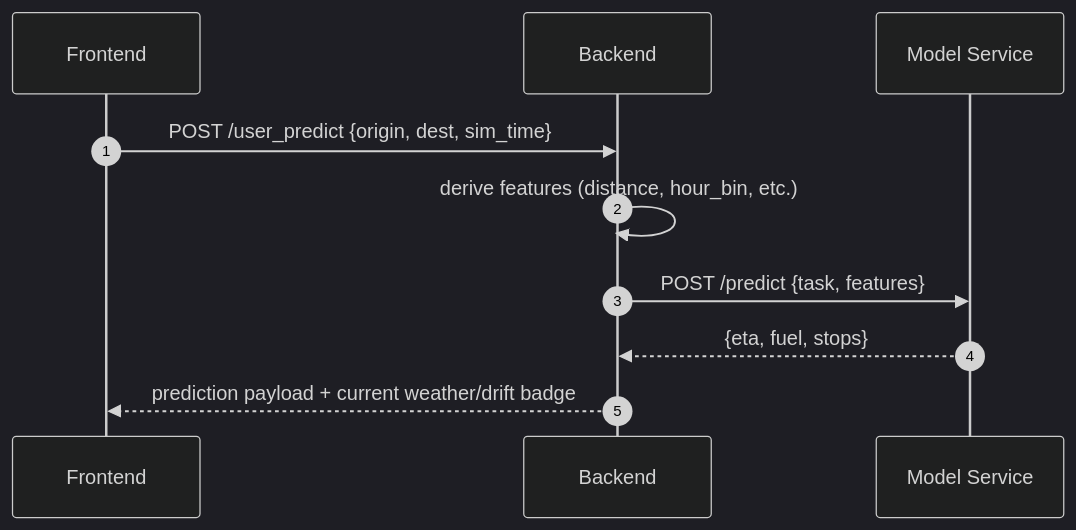
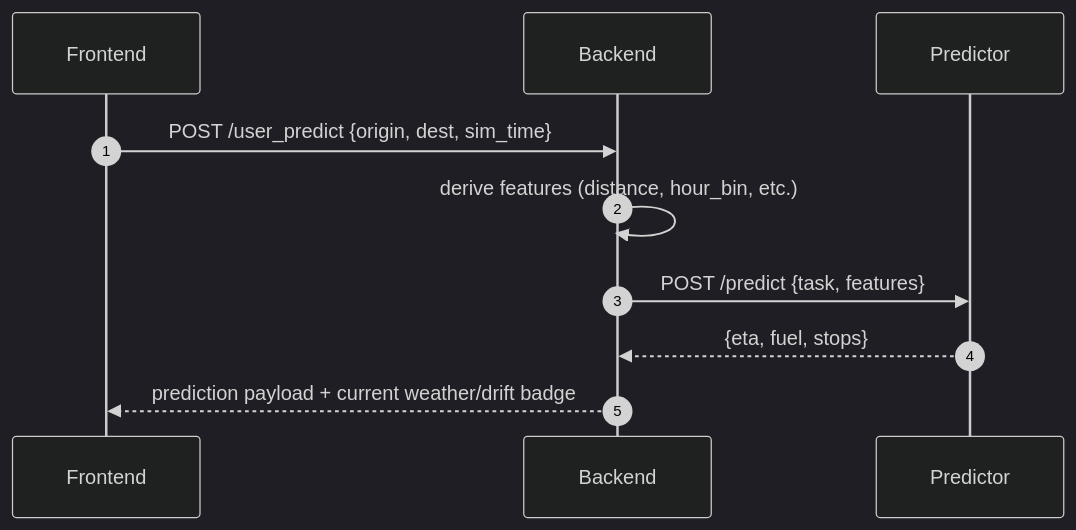
Before and after one commit to geokyr/diploma-thesis: the fourth of 4 diagrams in platform.md, drawn with Mermaid (dark theme). The commit also changed other lines of this file, not shown here.

````diff
--- a/platform.md
+++ b/platform.md
@@ -160,13 +175,13 @@
 ```mermaid
 sequenceDiagram
   autonumber
   participant UI as Frontend
   participant BE as Backend
-  participant MS as Model Service
+  participant PR as Predictor
 
   UI->>BE: POST /user_predict {origin, dest, sim_time}
   BE->>BE: derive features (distance, hour_bin, etc.)
-  BE->>MS: POST /predict {task, features}
-  MS-->>BE: {eta, fuel, stops}
+  BE->>PR: POST /predict {task, features}
+  PR-->>BE: {eta, fuel, stops}
   BE-->>UI: prediction payload + current weather/drift badge
 ```
````
